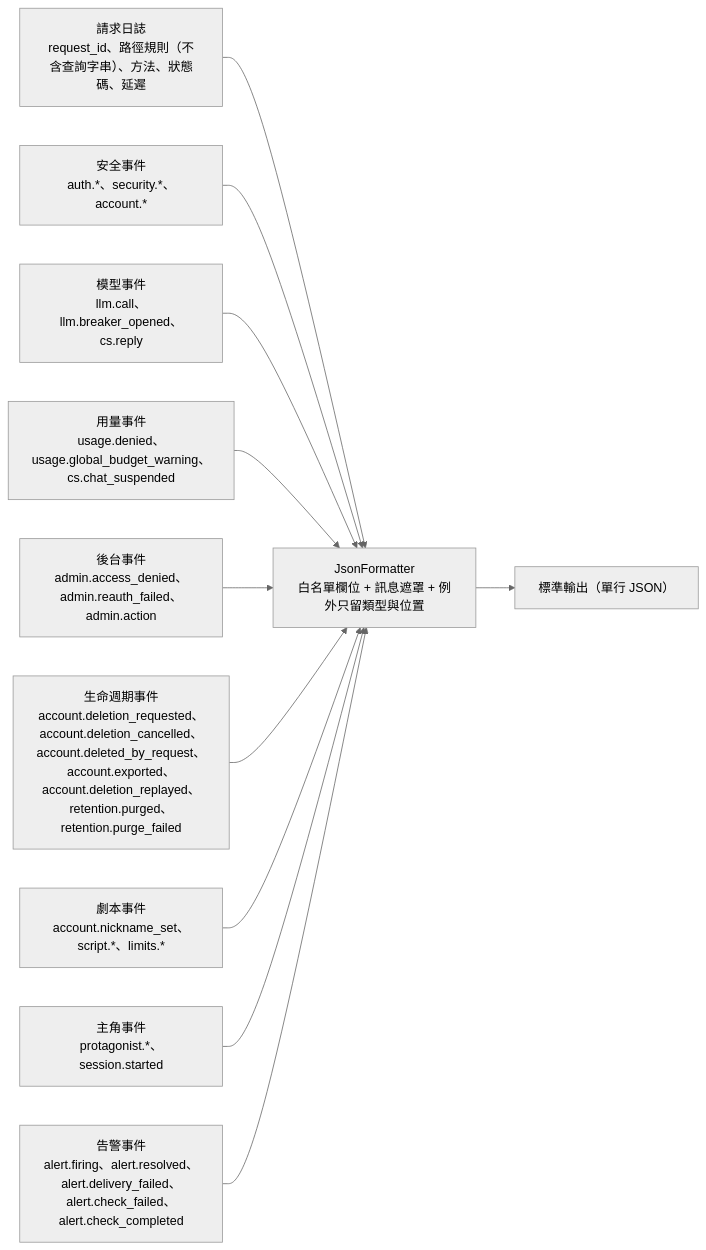
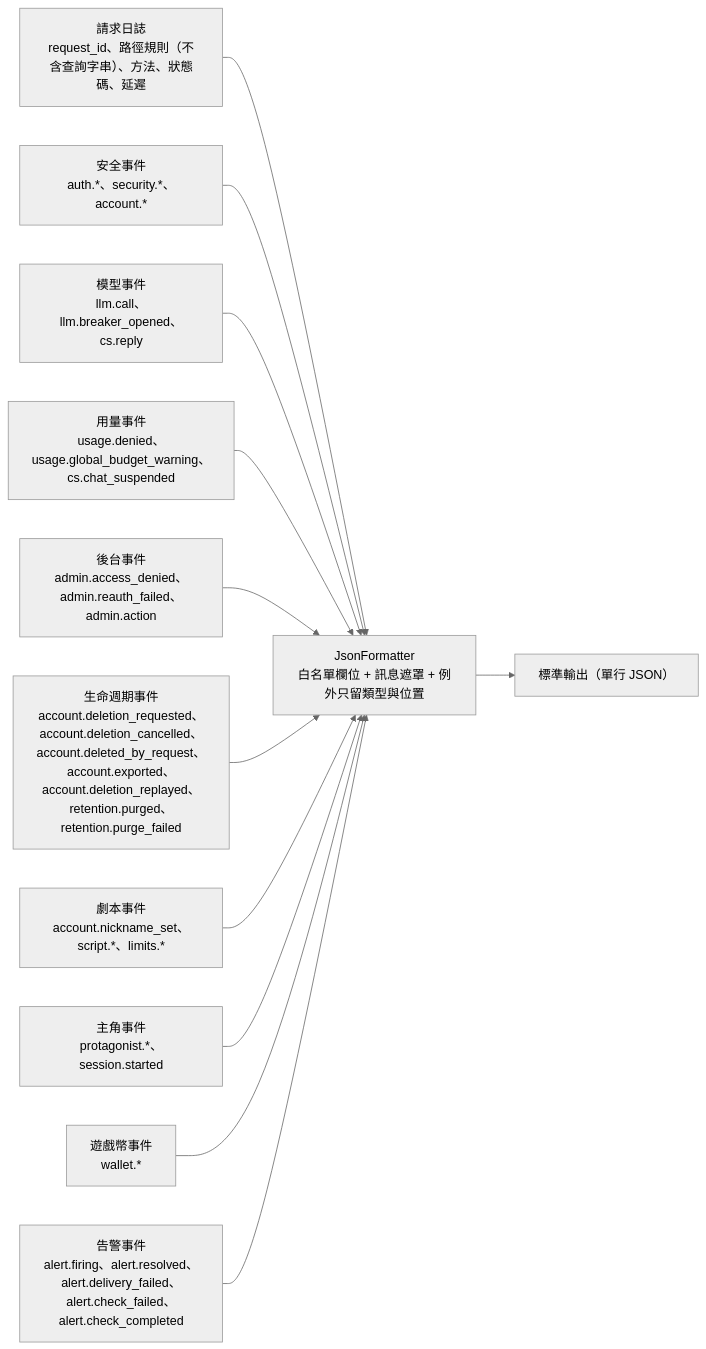
The fifth of 6 diagrams in docs/營運與部署-operations.md (pp466pp466/R.A.C), drawn with Mermaid (neutral theme) before and after one commit. The commit also changed other lines of this file and 84 other files, not shown here.

````diff
--- a/docs/營運與部署-operations.md
+++ b/docs/營運與部署-operations.md
@@ -177,13 +180,14 @@
 ```mermaid
 flowchart LR
     Req["請求日誌<br/>request_id、路徑規則（不含查詢字串）、方法、狀態碼、延遲"] --> Fmt
     Sec["安全事件<br/>auth.*、security.*、account.*"] --> Fmt
     Llm["模型事件<br/>llm.call、llm.breaker_opened、cs.reply"] --> Fmt
     Use["用量事件<br/>usage.denied、usage.global_budget_warning、cs.chat_suspended"] --> Fmt
     Adm["後台事件<br/>admin.access_denied、admin.reauth_failed、admin.action"] --> Fmt
     Lif["生命週期事件<br/>account.deletion_requested、account.deletion_cancelled、account.deleted_by_request、account.exported、account.deletion_replayed、retention.purged、retention.purge_failed"] --> Fmt
     Scr["劇本事件<br/>account.nickname_set、script.*、limits.*"] --> Fmt
     Pro["主角事件<br/>protagonist.*、session.started"] --> Fmt
+    Wal["遊戲幣事件<br/>wallet.*"] --> Fmt
     Alr["告警事件<br/>alert.firing、alert.resolved、alert.delivery_failed、alert.check_failed、alert.check_completed"] --> Fmt
     Fmt["JsonFormatter<br/>白名單欄位 + 訊息遮罩 + 例外只留類型與位置"] --> Out["標準輸出（單行 JSON）"]
 ```
````
